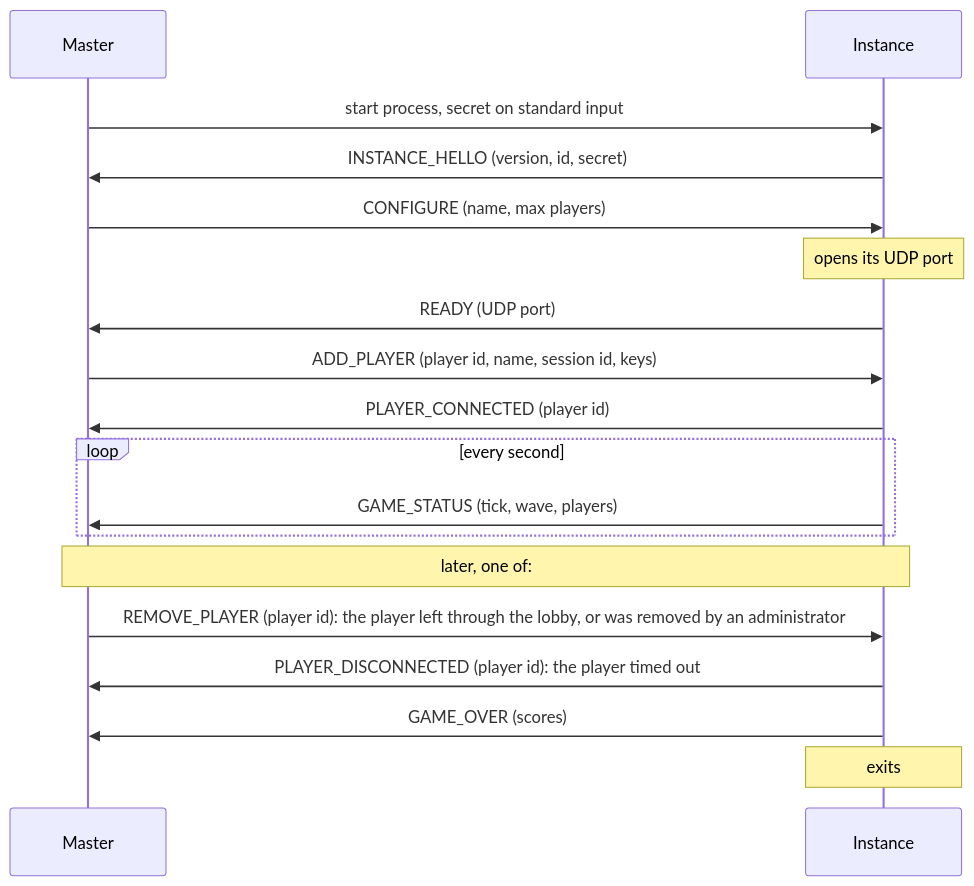
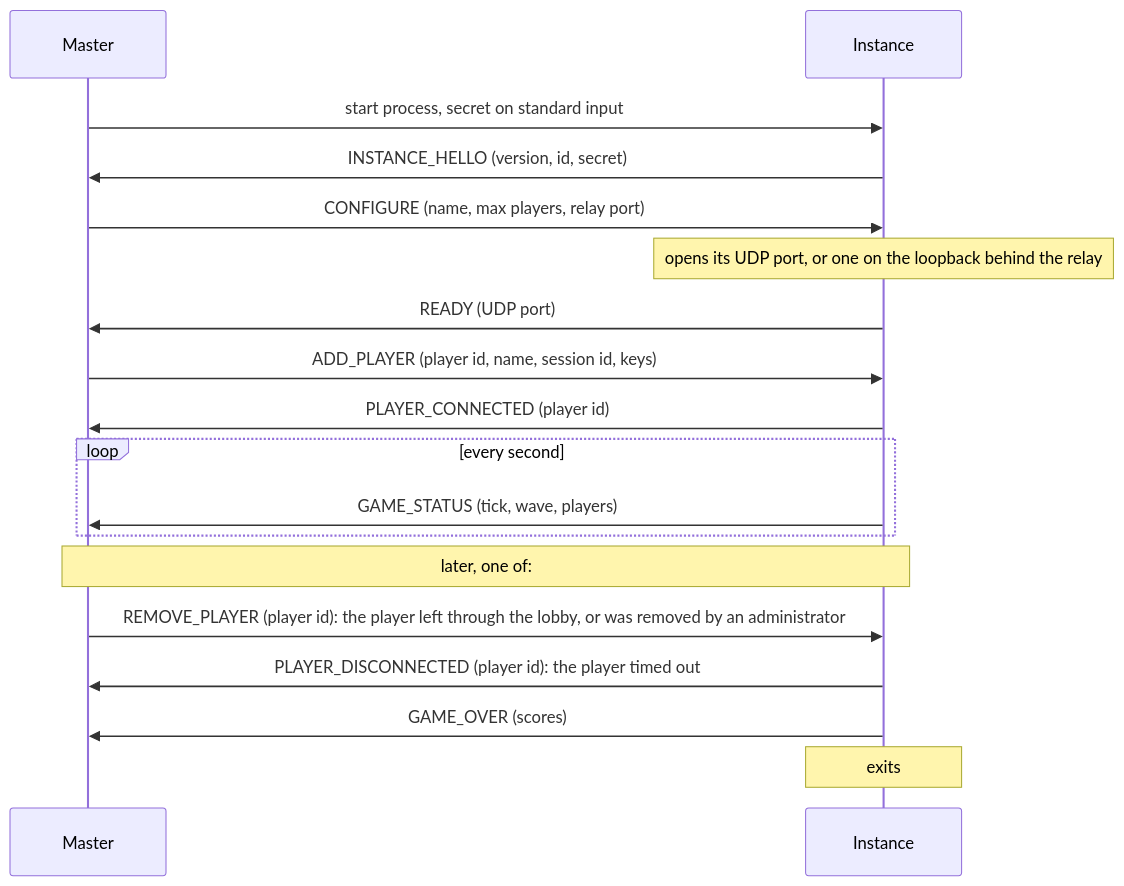
The diagram in docs/protocol/instances.md (Akinator31/Rtype), drawn with Mermaid before and after one commit. The commit also changed other lines of this file and 2 other files, not shown here.

Commit message:
docs(server): describe the relay frame and instances protocol 4

````diff
--- a/docs/protocol/instances.md
+++ b/docs/protocol/instances.md
@@ -43,20 +44,20 @@
 ```mermaid
 sequenceDiagram
     participant M as Master
     participant I as Instance
     M->>I: start process, secret on standard input
     I->>M: INSTANCE_HELLO (version, id, secret)
-    M->>I: CONFIGURE (name, max players)
-    Note over I: opens its UDP port
+    M->>I: CONFIGURE (name, max players, relay port)
+    Note over I: opens its UDP port, or one on the loopback behind the relay
     I->>M: READY (UDP port)
     M->>I: ADD_PLAYER (player id, name, session id, keys)
     I->>M: PLAYER_CONNECTED (player id)
     loop every second
         I->>M: GAME_STATUS (tick, wave, players)
     end
     Note over M,I: later, one of:
     M->>I: REMOVE_PLAYER (player id): the player left through the lobby, or was removed by an administrator
     I->>M: PLAYER_DISCONNECTED (player id): the player timed out
     I->>M: GAME_OVER (scores)
     Note over I: exits
 ```
````
